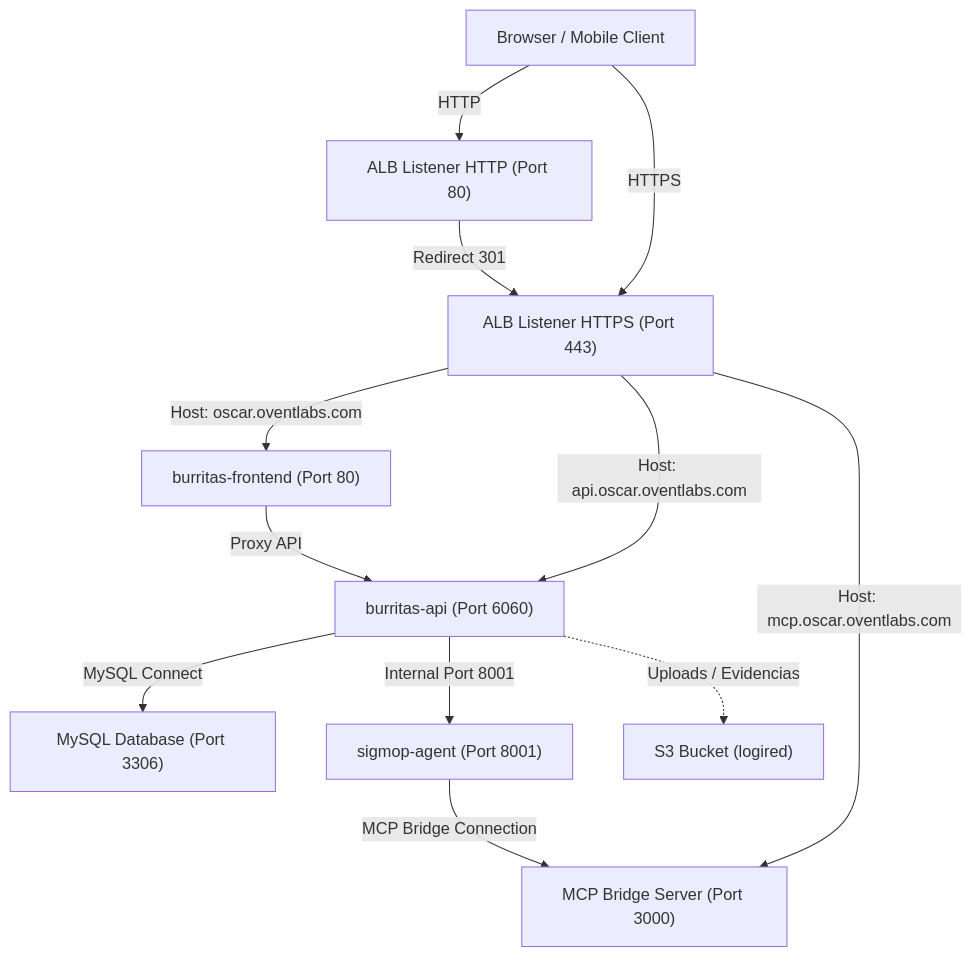
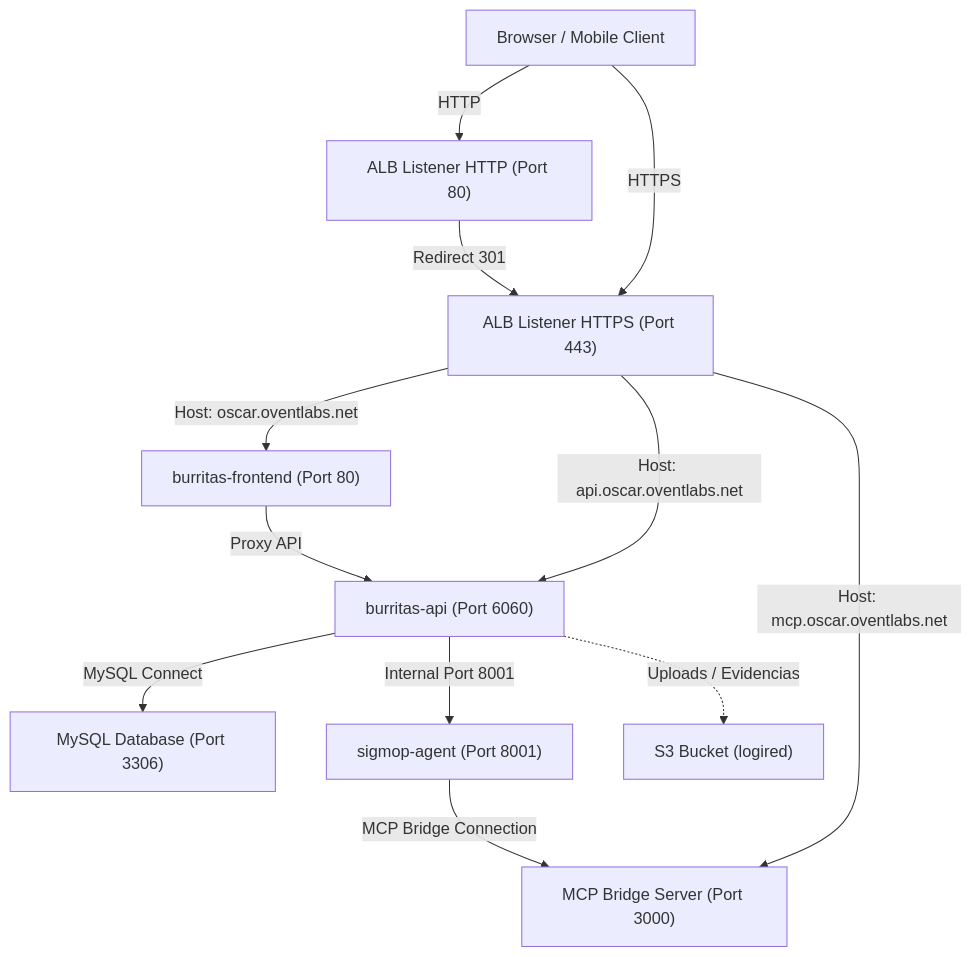
One commit to OscarCode9/class1 changed the diagram in .github/instructions/aws_infrastructure_plan.md. Above: the diagram before and after it, drawn with Mermaid. The commit also changed other lines of this file and 136 other files, not shown here.

````diff
--- a/.github/instructions/aws_infrastructure_plan.md
+++ b/.github/instructions/aws_infrastructure_plan.md
@@ -11,38 +11,38 @@
 ```mermaid
 graph TD
     %% Nodos de Clientes
     User["Browser / Mobile Client"]
 
     %% Nodos del ALB
     ALB_HTTP["ALB Listener HTTP (Port 80)"]
     ALB_HTTPS["ALB Listener HTTPS (Port 443)"]
 
-    %% Nodos de Contenedores en EC2 (t3.xlarge)
+    %% Nodos de Contenedores en EC2 (t3.small)
     FRON["burritas-frontend (Port 80)"]
     API["burritas-api (Port 6060)"]
     DB["MySQL Database (Port 3306)"]
     MCP["MCP Bridge Server (Port 3000)"]
     Agent["sigmop-agent (Port 8001)"]
 
     %% Storage
     S3["S3 Bucket (logired)"]
 
     %% Conexiones e Internet
     User -->|HTTP| ALB_HTTP
     User -->|HTTPS| ALB_HTTPS
     ALB_HTTP -->|Redirect 301| ALB_HTTPS
 
     %% Reglas de Enrutamiento del ALB
-    ALB_HTTPS -->|Host: oscar.oventlabs.com| FRON
-    ALB_HTTPS -->|Host: api.oscar.oventlabs.com| API
-    ALB_HTTPS -->|Host: mcp.oscar.oventlabs.com| MCP
+    ALB_HTTPS -->|Host: oscar.oventlabs.net| FRON
+    ALB_HTTPS -->|Host: api.oscar.oventlabs.net| API
+    ALB_HTTPS -->|Host: mcp.oscar.oventlabs.net| MCP
 
     %% Red Docker Interna de la Instancia EC2
     FRON -->|Proxy API| API
     API -->|MySQL Connect| DB
     API -->|Internal Port 8001| Agent
     Agent -->|MCP Bridge Connection| MCP
 
     %% Almacenamiento
     API -.->|Uploads / Evidencias| S3
 ```
````
